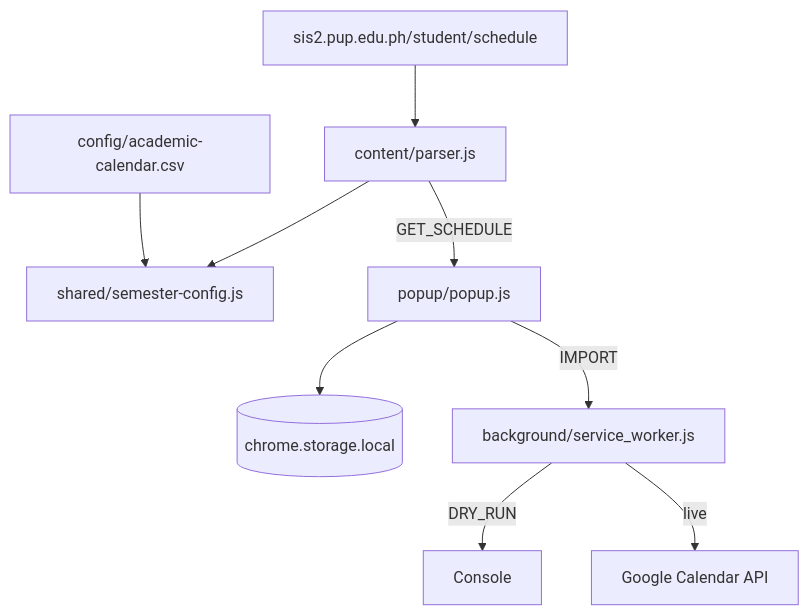
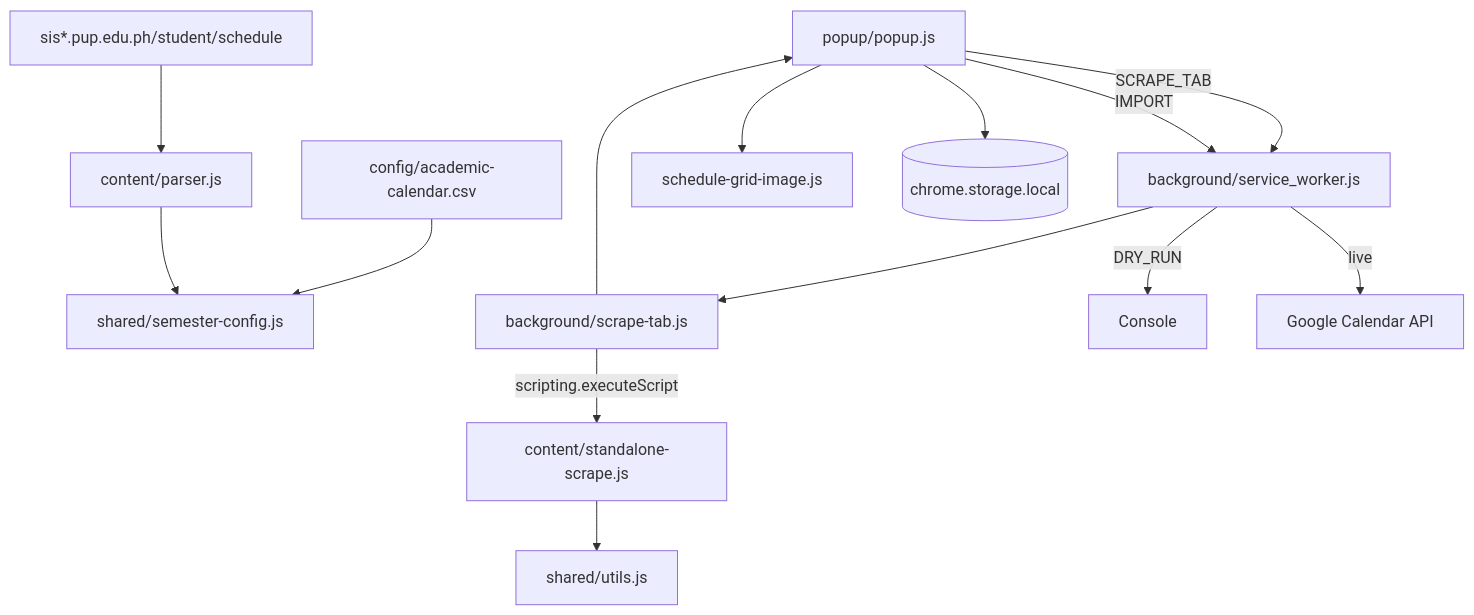
The diagram in docs/ARCHITECTURE.md (Troy-LL/Pupsync), drawn with Mermaid before and after one commit. The commit also changed other lines of this file and 26 other files, not shown here.

````diff
--- a/docs/ARCHITECTURE.md
+++ b/docs/ARCHITECTURE.md
@@ -37,14 +41,21 @@
 ```mermaid
 flowchart TD
-  SIAS["sis2.pup.edu.ph/student/schedule"]
+  SIAS["sis*.pup.edu.ph/student/schedule"]
   CSV["config/academic-calendar.csv"]
 
   SIAS --> parser["content/parser.js"]
   CSV --> semCfg["shared/semester-config.js"]
   parser --> semCfg
-  parser -->|"GET_SCHEDULE"| popup["popup/popup.js"]
+
+  popup["popup/popup.js"] -->|"SCRAPE_TAB"| sw["background/service_worker.js"]
+  sw --> scrape["background/scrape-tab.js"]
+  scrape -->|"scripting.executeScript"| standalone["content/standalone-scrape.js"]
+  standalone --> utils["shared/utils.js"]
+  scrape --> popup
+
+  popup --> grid["schedule-grid-image.js"]
   popup --> storage[("chrome.storage.local")]
-  popup -->|"IMPORT"| sw["background/service_worker.js"]
+  popup -->|"IMPORT"| sw
   sw -->|"DRY_RUN"| log["Console"]
   sw -->|"live"| gcal["Google Calendar API"]
 ```
````
